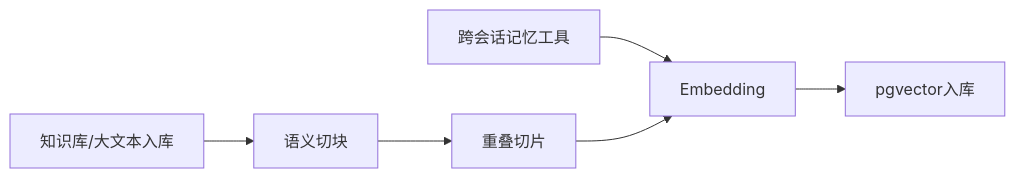
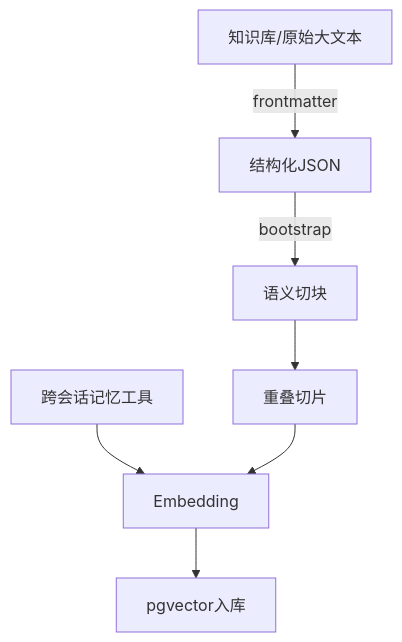
Before and after one commit to xiao-Huahuo/Agent-Core-Service: the first of 2 diagrams in README.md, drawn with Mermaid. The commit also changed other lines of this file and 48 other files, not shown here.

````diff
--- a/README.md
+++ b/README.md
@@ -49,8 +54,9 @@
 ```mermaid  
-       flowchart LR  
-           A[跨会话记忆工具] --> B[Embedding]  
-           B --> C[pgvector入库]  
-                 D[知识库/大文本入库] --> E[语义切块]  
-           E --> F[重叠切片]  
-           F --> B  
+flowchart 
+   A[跨会话记忆工具] --> B[Embedding]  
+   B --> C[pgvector入库]  
+   D[知识库/原始大文本] -->|frontmatter| G[结构化JSON]
+   G -->|bootstrap| E[语义切块]  
+   E --> F[重叠切片]  
+   F --> B  
 ```       
````
